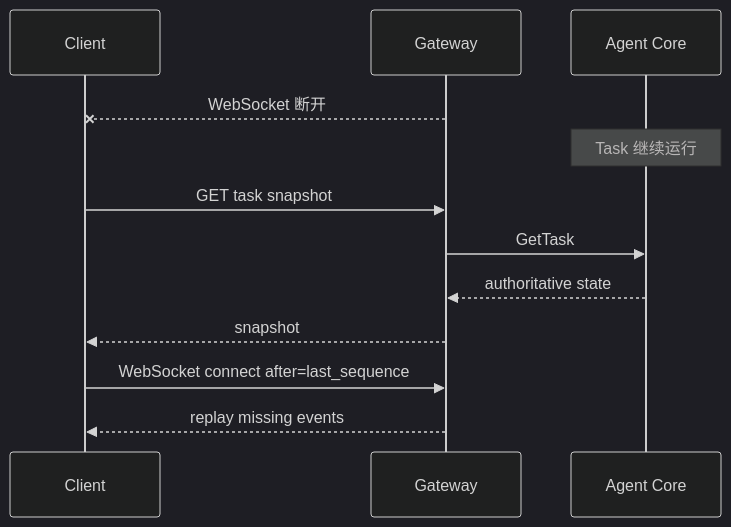
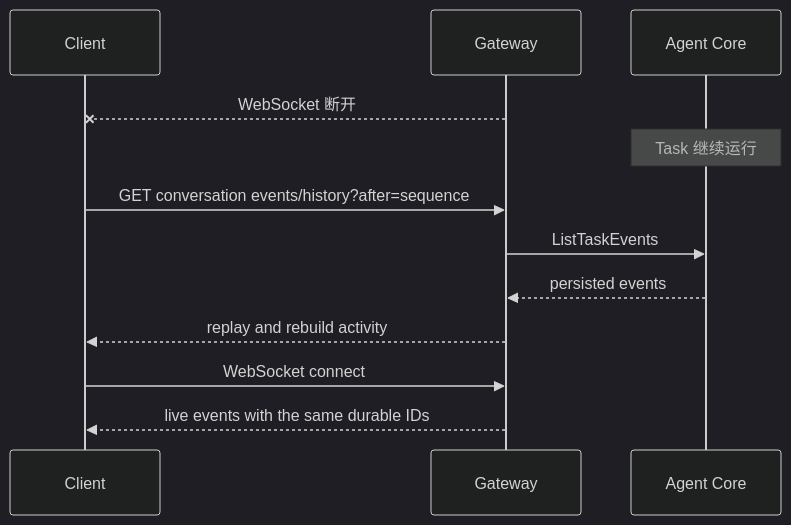
One commit to Mime-AL/MaigoKite changed the ninth of 10 diagrams in docs/design/Sequence.md. Above: the diagram before and after it, drawn with Mermaid (dark theme). The commit also changed other lines of this file and 104 other files, not shown here.

````diff
--- a/docs/design/Sequence.md
+++ b/docs/design/Sequence.md
@@ -170,15 +188,15 @@
 ```mermaid
 sequenceDiagram
     participant UI as Client
     participant G as Gateway
     participant P as Agent Core
 
     G--xUI: WebSocket 断开
     Note over P: Task 继续运行
-    UI->>G: GET task snapshot
-    G->>P: GetTask
-    P-->>G: authoritative state
-    G-->>UI: snapshot
-    UI->>G: WebSocket connect after=last_sequence
-    G-->>UI: replay missing events
+    UI->>G: GET conversation events/history?after=sequence
+    G->>P: ListTaskEvents
+    P-->>G: persisted events
+    G-->>UI: replay and rebuild activity
+    UI->>G: WebSocket connect
+    G-->>UI: live events with the same durable IDs
 ```
````
